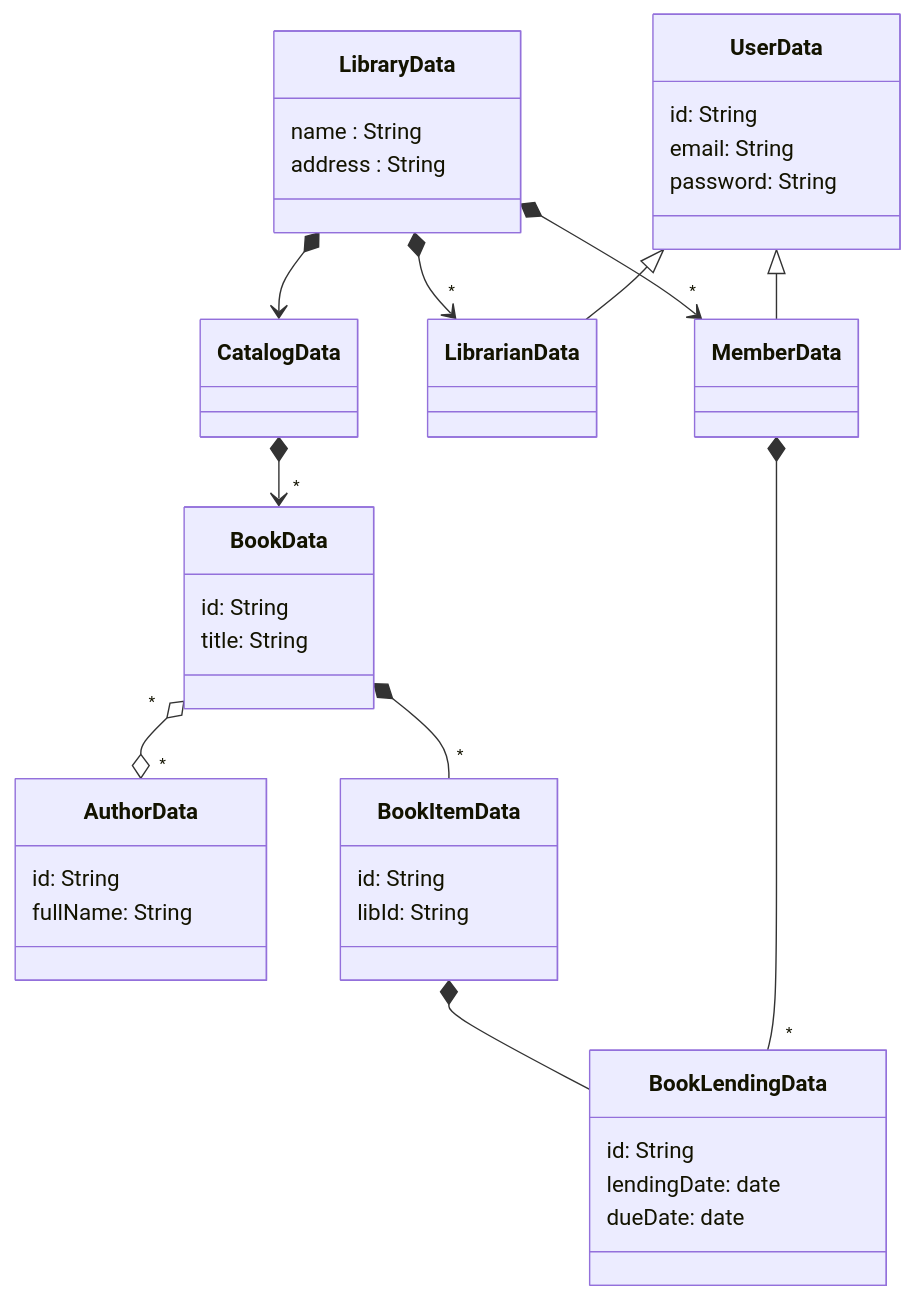
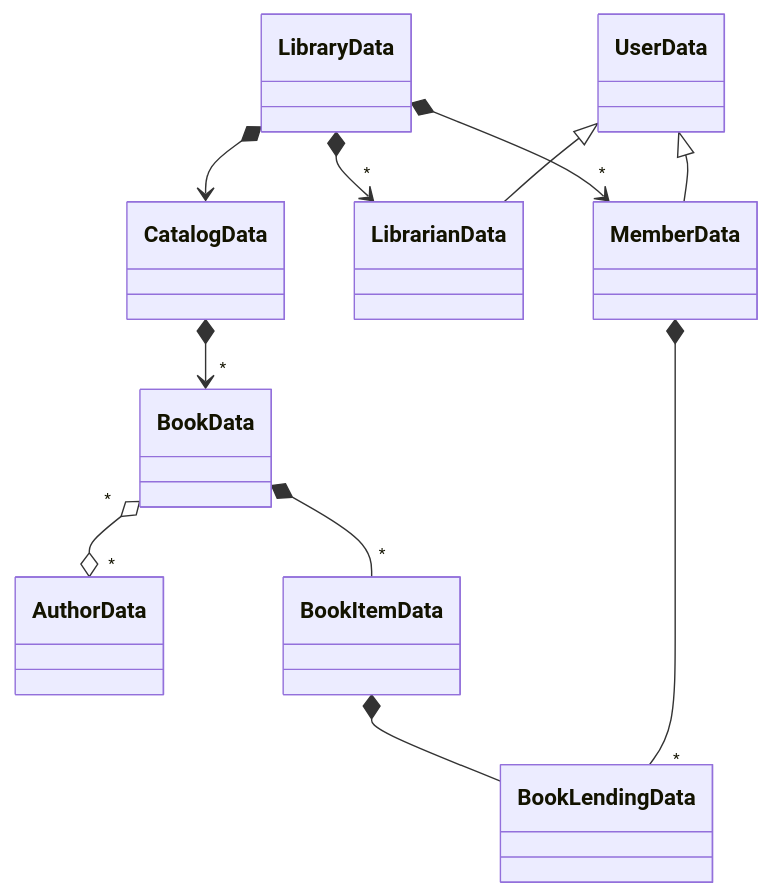
One commit to PatrickGIRY/Data-Oriented-Programming changed the second of 3 diagrams in chapter_1/README.md. Above: the diagram before and after it, drawn with Mermaid. The commit also changed other lines of this file, not shown here.

````diff
--- a/chapter_1/README.md
+++ b/chapter_1/README.md
@@ -113,43 +113,22 @@
 ```mermaid
 classDiagram
-class LibraryData {
-    name : String
-    address : String
-}
-class UserData {
-    id: String
-    email: String
-    password: String
-} 
+class LibraryData
 class MemberData
 class LibrarianData
 class CatalogData
-class BookData {
-    id: String
-    title: String
-}
-class AuthorData {
-    id: String
-    fullName: String
-}
-class BookItemData {
-    id: String
-    libId: String
-}
-class BookLendingData {
-    id: String
-    lendingDate: date
-    dueDate: date
-}
+class BookData
+class AuthorData
+class BookItemData
+class BookLendingData
 
 LibraryData *--> "*" LibrarianData
 LibraryData *--> "*" MemberData
 LibraryData *--> CatalogData
 CatalogData *--> "*" BookData
 BookData "*" o--o "*" AuthorData
 BookData *-- "*" BookItemData
 BookItemData *-- BookLendingData
 MemberData *-- "*" BookLendingData
 UserData <|-- MemberData
 UserData <|-- LibrarianData
 ```
````
